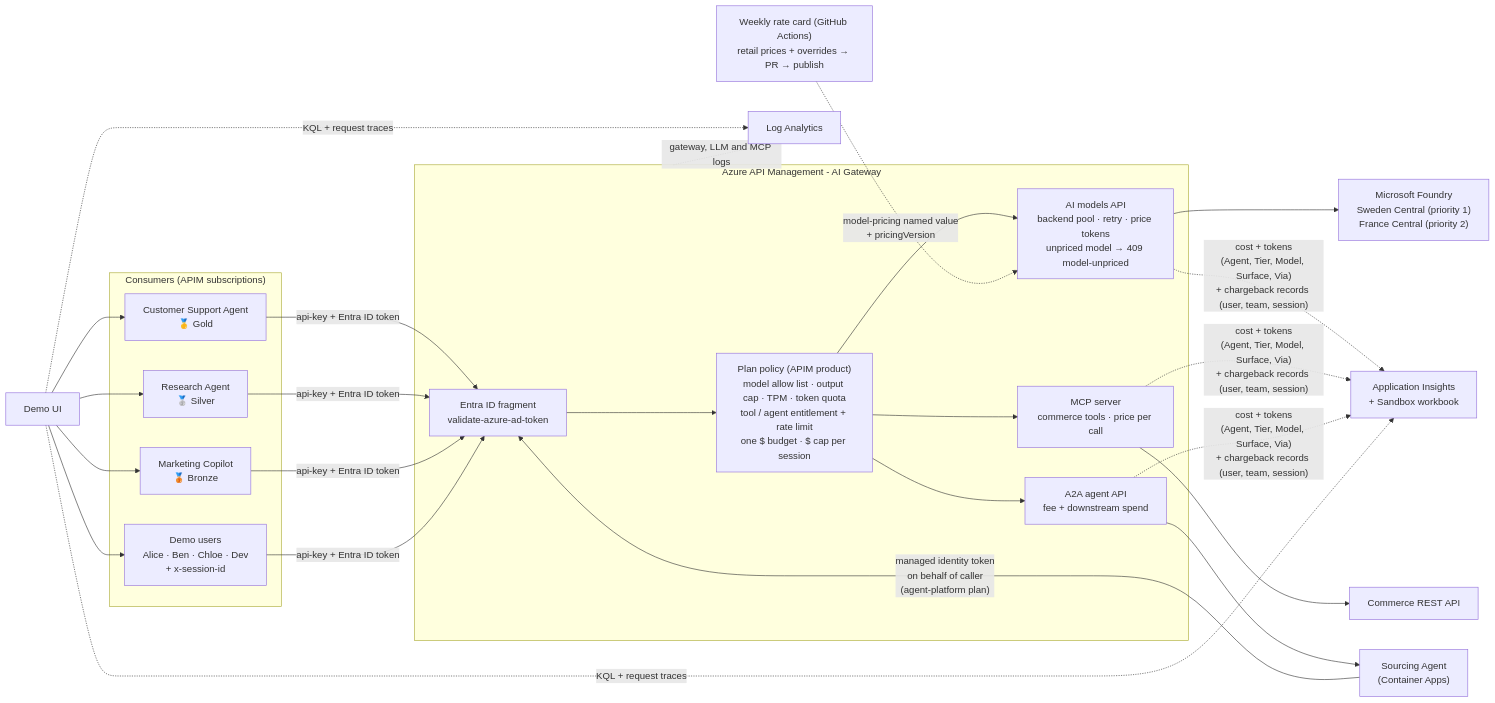
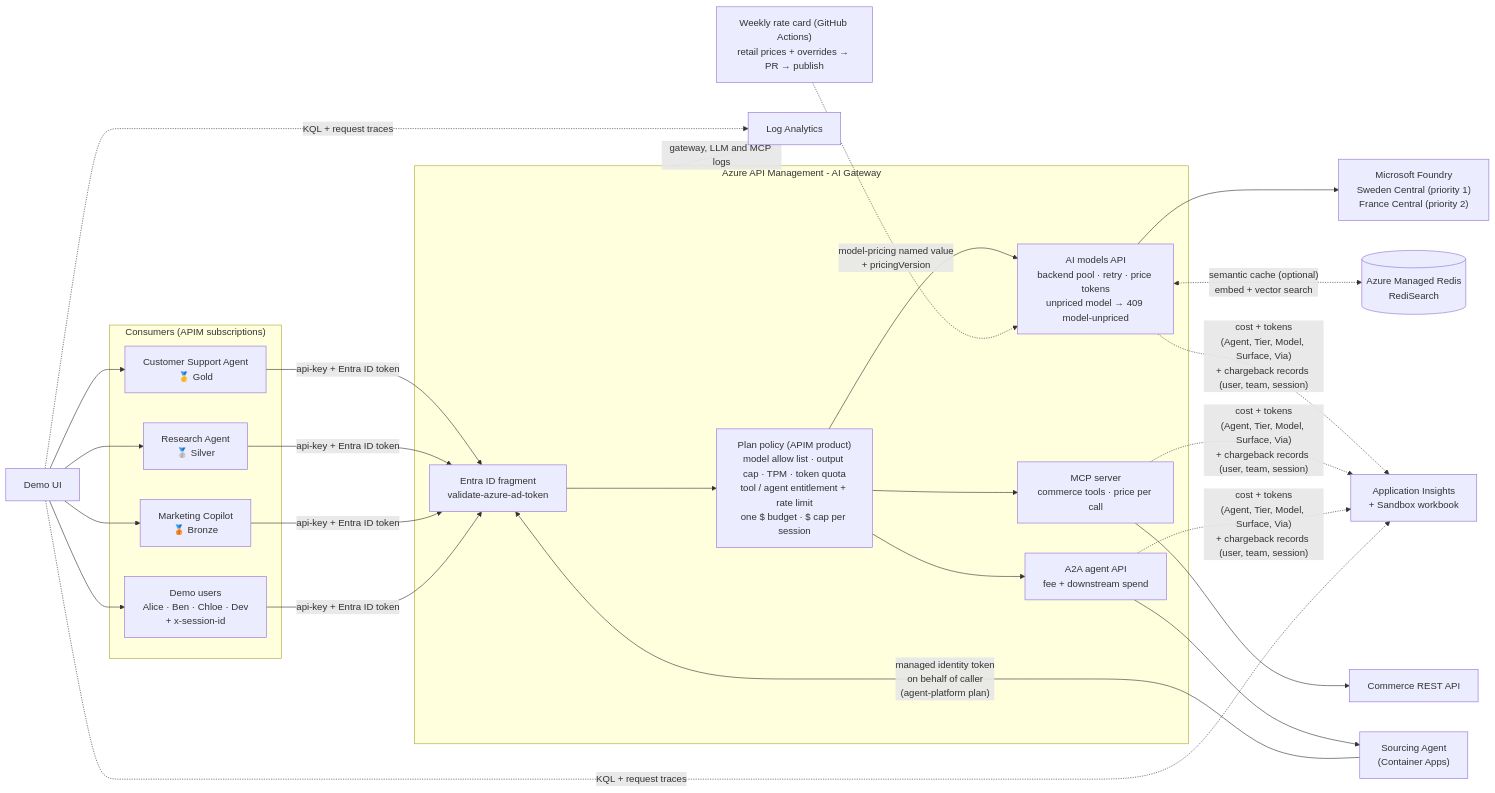
The first of 2 diagrams in labs/ai-gateway-sandbox/README.md (JinLee794/AI-Gateway-Sandbox), drawn with Mermaid before and after one commit. The commit also changed other lines of this file and 23 other files, not shown here.

````diff
--- a/labs/ai-gateway-sandbox/README.md
+++ b/labs/ai-gateway-sandbox/README.md
@@ -34,26 +35,27 @@
 ```mermaid
 flowchart LR
     subgraph Consumers["Consumers (APIM subscriptions)"]
         A1["Customer Support Agent<br/>🥇 Gold"]
         A2["Research Agent<br/>🥈 Silver"]
         A3["Marketing Copilot<br/>🥉 Bronze"]
         U["Demo users<br/>Alice · Ben · Chloe · Dev<br/>+ x-session-id"]
     end
     subgraph APIM["Azure API Management - AI Gateway"]
         E["Entra ID fragment<br/>validate-azure-ad-token"]
         P1["Plan policy (APIM product)<br/>model allow list · output cap · TPM · token quota<br/>tool / agent entitlement + rate limit<br/>one $ budget · $ cap per session"]
         M["AI models API<br/>backend pool · retry · price tokens<br/>unpriced model → 409 model-unpriced"]
         T["MCP server<br/>commerce tools · price per call"]
         G["A2A agent API<br/>fee + downstream spend"]
     end
     A1 & A2 & A3 & U -->|"api-key + Entra ID token"| E --> P1
     P1 --> M --> F["Microsoft Foundry<br/>Sweden Central (priority 1)<br/>France Central (priority 2)"]
+    M <-.->|"semantic cache (optional)<br/>embed + vector search"| SC[("Azure Managed Redis<br/>RediSearch")]
     P1 --> T --> R["Commerce REST API"]
     P1 --> G --> S["Sourcing Agent<br/>(Container Apps)"]
     S -->|"managed identity token<br/>on behalf of caller<br/>(agent-platform plan)"| E
     M & T & G -.->|"cost + tokens<br/>(Agent, Tier, Model, Surface, Via)<br/>+ chargeback records (user, team, session)"| AI["Application Insights<br/>+ Sandbox workbook"]
     APIM -.->|"gateway, LLM and MCP logs"| LA["Log Analytics"]
     RC["Weekly rate card (GitHub Actions)<br/>retail prices + overrides → PR → publish"] -.->|"model-pricing named value<br/>+ pricingVersion"| M
     UI["Demo UI"] --> A1 & A2 & A3 & U
     UI -.->|"KQL + request traces"| AI & LA
 ```
````
